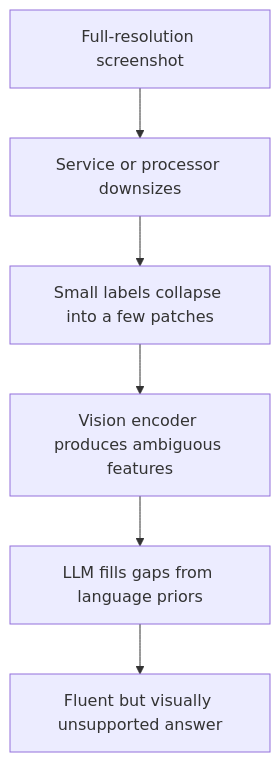
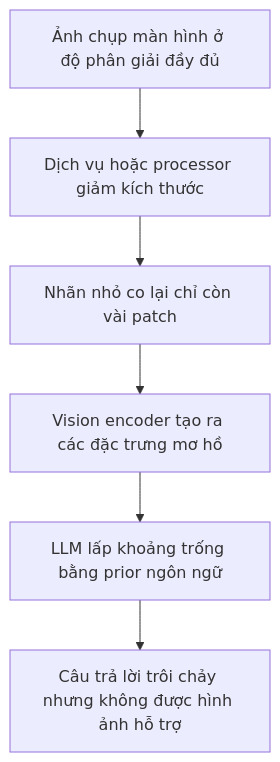
One commit to cycler04/VinRobotics-VLA changed the sixth of 8 diagrams in docs/research_finding/01-gwen/broad_overview/LLM_VLM/recent_vlm_overview.md. Above: the diagram before and after it, drawn with Mermaid. The commit also changed other lines of this file and 79 other files, not shown here.

````diff
--- a/docs/research_finding/01-gwen/broad_overview/LLM_VLM/recent_vlm_overview.md
+++ b/docs/research_finding/01-gwen/broad_overview/LLM_VLM/recent_vlm_overview.md
@@ -506,8 +514,8 @@
 ```mermaid
 flowchart TD
-    A[Full-resolution screenshot] --> B[Service or processor downsizes]
-    B --> C[Small labels collapse into a few patches]
-    C --> D[Vision encoder produces ambiguous features]
-    D --> E[LLM fills gaps from language priors]
-    E --> F[Fluent but visually unsupported answer]
+    A[Ảnh chụp màn hình ở độ phân giải đầy đủ] --> B[Dịch vụ hoặc processor giảm kích thước]
+    B --> C[Nhãn nhỏ co lại chỉ còn vài patch]
+    C --> D[Vision encoder tạo ra các đặc trưng mơ hồ]
+    D --> E[LLM lấp khoảng trống bằng prior ngôn ngữ]
+    E --> F[Câu trả lời trôi chảy nhưng không được hình ảnh hỗ trợ]
 ```
````
